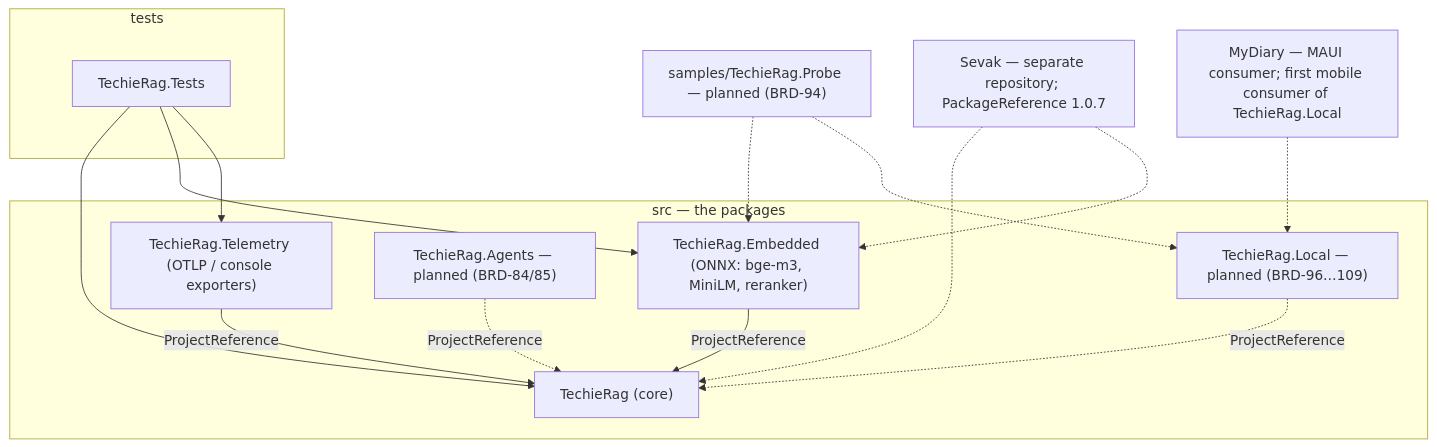
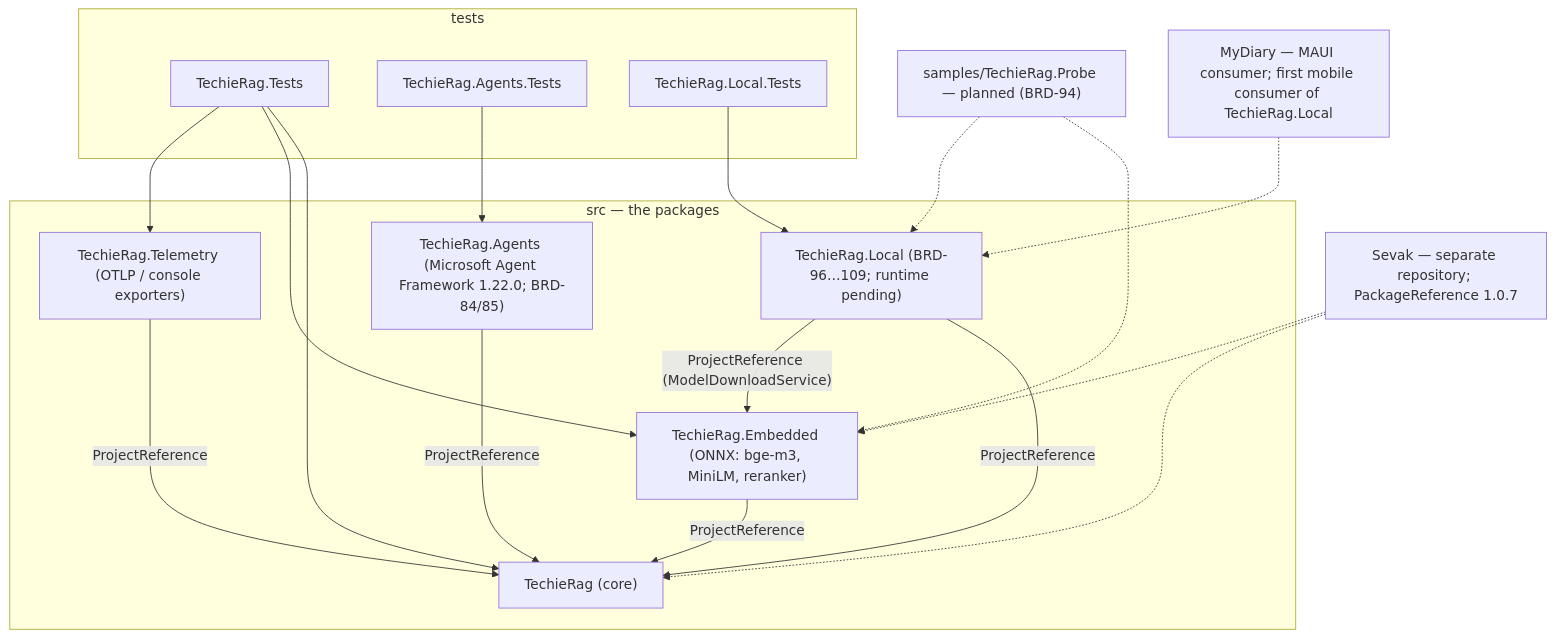
Before and after one commit to techierathore/TechieRag: the first of 3 diagrams in docs/TechieRag-Architecture.md, drawn with Mermaid. The commit also changed other lines of this file and 311 other files, not shown here.

````diff
--- a/docs/TechieRag-Architecture.md
+++ b/docs/TechieRag-Architecture.md
@@ -48,28 +49,33 @@
 ```mermaid
 flowchart TB
   subgraph Packages["src — the packages"]
     Core["TechieRag (core)"]
     Embed["TechieRag.Embedded (ONNX: bge-m3, MiniLM, reranker)"]
     Tel["TechieRag.Telemetry (OTLP / console exporters)"]
-    Agents["TechieRag.Agents — planned (BRD-84/85)"]
-    Local["TechieRag.Local — planned (BRD-96…109)"]
+    Agents["TechieRag.Agents (Microsoft Agent Framework 1.22.0; BRD-84/85)"]
+    Local["TechieRag.Local (BRD-96…109; runtime pending)"]
   end
   subgraph Tests["tests"]
     UT["TechieRag.Tests"]
+    AT["TechieRag.Agents.Tests"]
+    LT["TechieRag.Local.Tests"]
   end
   Probe["samples/TechieRag.Probe — planned (BRD-94)"]
   Sevak["Sevak — separate repository; PackageReference 1.0.7"]
   Diary["MyDiary — MAUI consumer; first mobile consumer of TechieRag.Local"]
   Embed -->|"ProjectReference"| Core
   Tel -->|"ProjectReference"| Core
-  Agents -.->|"ProjectReference"| Core
-  Local -.->|"ProjectReference"| Core
+  Agents -->|"ProjectReference"| Core
+  AT --> Agents
+  Local -->|"ProjectReference"| Core
+  Local -->|"ProjectReference (ModelDownloadService)"| Embed
+  LT --> Local
   UT --> Core
   UT --> Embed
   UT --> Tel
   Probe -.-> Embed
   Probe -.-> Local
   Sevak -.-> Core
   Sevak -.-> Embed
   Diary -.-> Local
 ```
````
